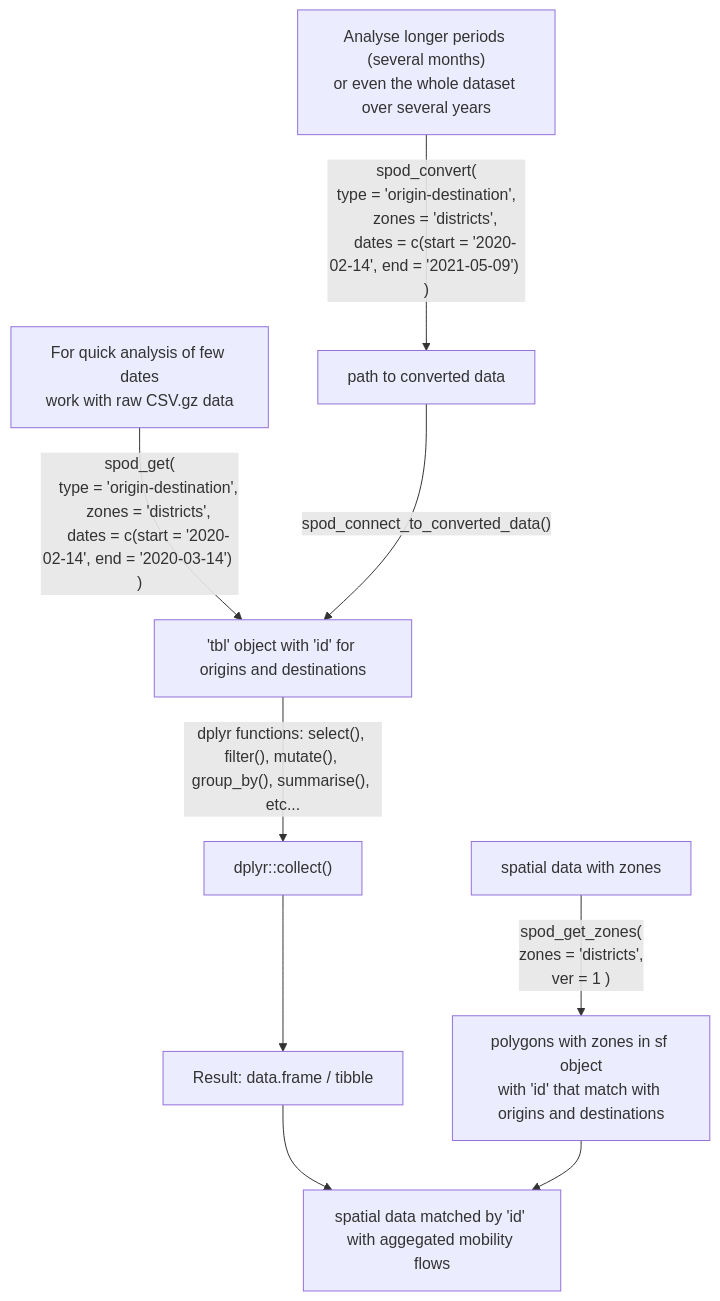
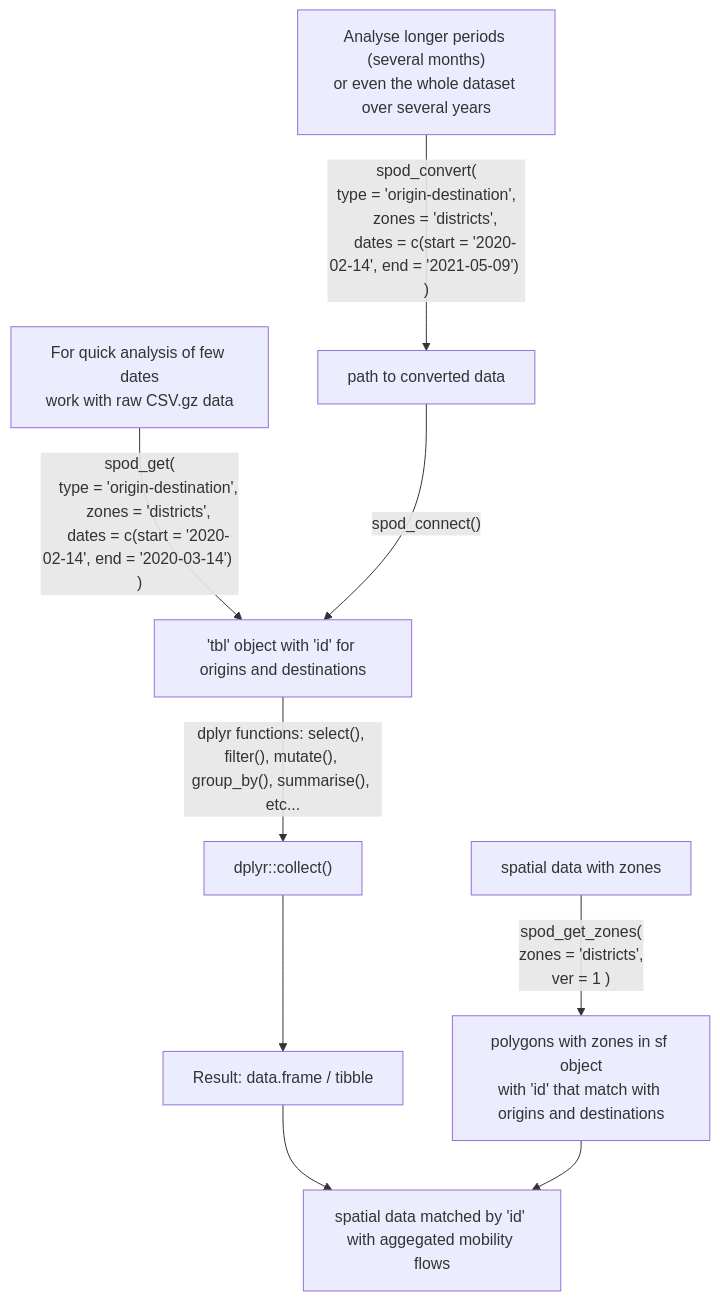
The diagram in vignettes/media/mermaid-that-does-not-render.mermaid (rOpenSpain/spanishoddata), drawn with Mermaid before and after one commit. The commit also changed 12 other files, not shown here.

Commit message:
simplify to spod_connect and spod_disconnect

```diff
--- a/vignettes/media/mermaid-that-does-not-render.mermaid
+++ b/vignettes/media/mermaid-that-does-not-render.mermaid
@@ -1,20 +1,20 @@
 flowchart TB
     A["For quick analysis of few dates\nwork with raw CSV.gz data"] -->|"spod_get(
     type = 'origin-destination',
     zones = 'districts',
     dates = c(start = '2020-02-14', end = '2020-03-14') )"
     | F["'tbl' object with 'id' for origins and destinations"]
     
     C["Analyse longer periods (several months)\nor even the whole dataset over several years"]
     -->|"spod_convert(
 type = 'origin-destination',
     zones = 'districts',
     dates = c(start = '2020-02-14', end = '2021-05-09') )"| D["path to converted data"]
-    D -->|"spod_connect_to_converted_data()" | F["'tbl' object with 'id' for origins and destinations"]
+    D -->|"spod_connect()" | F["'tbl' object with 'id' for origins and destinations"]
     
     F -->|"dplyr functions: select(), filter(), mutate(), group_by(), summarise(), etc..."| G["dplyr::collect()"]
     G --> H["Result: data.frame / tibble"] --> R[spatial data matched by 'id' with aggegated mobility flows]
 
     X["spatial data with zones"] --> |"spod_get_zones(
     zones = 'districts',
     ver = 1 )"| Y["polygons with zones in sf object\nwith 'id' that match with origins and destinations"] --> R
```
